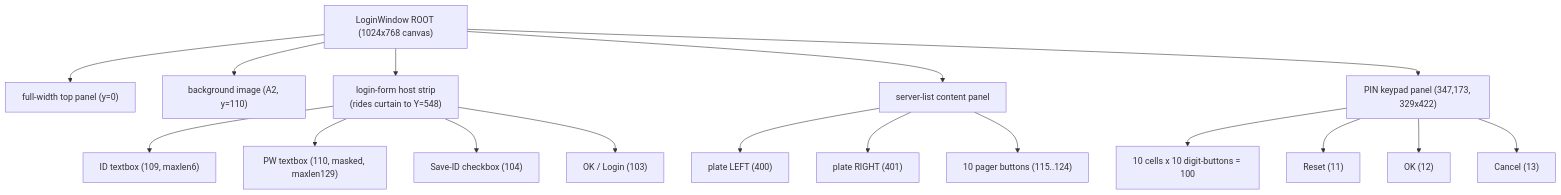
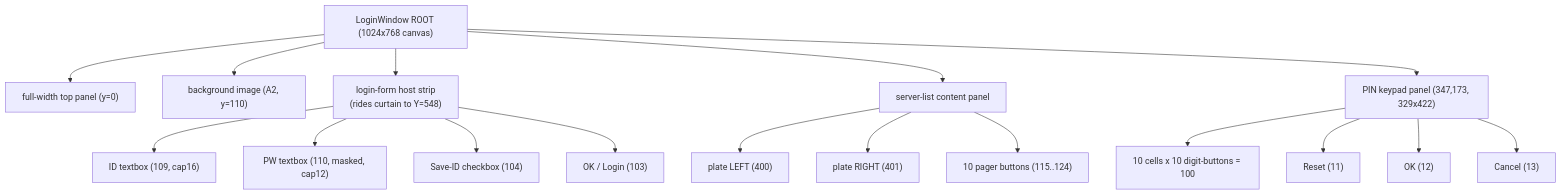
The fourth of 4 diagrams in Docs/RE/scenes/login.md (AriusII/MartialHeroes-RE), drawn with Mermaid before and after one commit. The commit also changed other lines of this file and 192 other files, not shown here.

````diff
--- a/Docs/RE/scenes/login.md
+++ b/Docs/RE/scenes/login.md
@@ -323,37 +334,37 @@
 ```mermaid
 graph TD
   ROOT["LoginWindow ROOT (1024x768 canvas)"]
   TOP["full-width top panel (y=0)"]
   BG["background image (A2, y=110)"]
   FORM["login-form host strip<br/>(rides curtain to Y=548)"]
-  ID["ID textbox (109, maxlen6)"]
-  PW["PW textbox (110, masked, maxlen129)"]
+  ID["ID textbox (109, cap16)"]
+  PW["PW textbox (110, masked, cap12)"]
   SAVE["Save-ID checkbox (104)"]
   OK["OK / Login (103)"]
   SRV["server-list content panel"]
   P0["plate LEFT (400)"]
   P1["plate RIGHT (401)"]
   PAGERS["10 pager buttons (115..124)"]
   PINP["PIN keypad panel (347,173, 329x422)"]
   CELLS["10 cells x 10 digit-buttons = 100"]
   RST["Reset (11)"]
   OKP["OK (12)"]
   CAN["Cancel (13)"]
 
   ROOT --> TOP
   ROOT --> BG
   ROOT --> FORM
   FORM --> ID
   FORM --> PW
   FORM --> SAVE
   FORM --> OK
   ROOT --> SRV
   SRV --> P0
   SRV --> P1
   SRV --> PAGERS
   ROOT --> PINP
   PINP --> CELLS
   PINP --> RST
   PINP --> OKP
   PINP --> CAN
 ```
````
